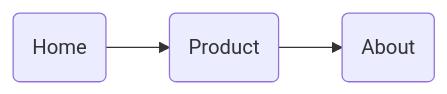
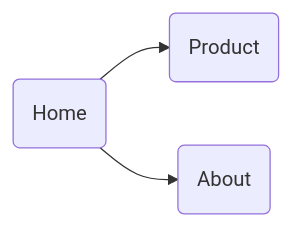
The diagram in README.md (nattapong2005/webcake), drawn with Mermaid before and after one commit.

````diff
--- a/README.md
+++ b/README.md
@@ -17,4 +17,5 @@
 ```mermaid 
 graph LR 
-A(Home) --> B(Product) --> C(About)
+A(Home) --> B(Product)
+A --> C(About)
 ```
````
